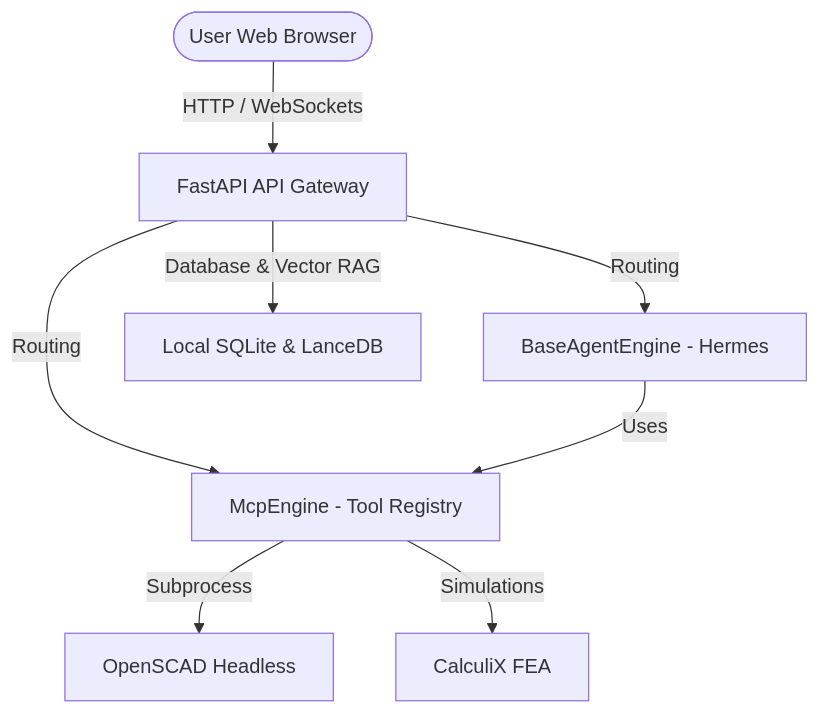
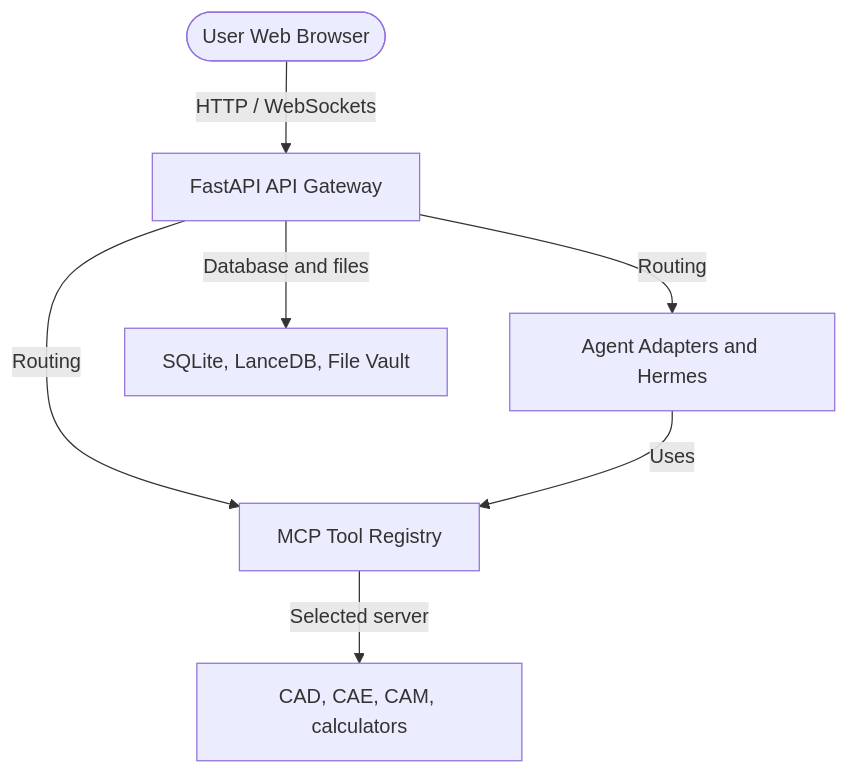
Before and after one commit to burhop/wright: the diagram in README.md, drawn with Mermaid. The commit also changed other lines of this file and 114 other files, not shown here.

````diff
--- a/README.md
+++ b/README.md
@@ -163,10 +134,9 @@
 ```mermaid
 flowchart TD
     User([User Web Browser]) -->|HTTP / WebSockets| API[FastAPI API Gateway]
-    API -->|Routing| Agent[BaseAgentEngine - Hermes]
-    API -->|Routing| MCP[McpEngine - Tool Registry]
+    API -->|Routing| Agent[Agent Adapters and Hermes]
+    API -->|Routing| MCP[MCP Tool Registry]
     Agent -->|Uses| MCP
-    MCP -->|Subprocess| OpenSCAD[OpenSCAD Headless]
-    MCP -->|Simulations| CalculiX[CalculiX FEA]
-    API -->|Database & Vector RAG| Vault[Local SQLite & LanceDB]
+    MCP -->|Selected server| Tools[CAD, CAE, CAM, calculators]
+    API -->|Database and files| Vault[SQLite, LanceDB, File Vault]
 ```
````
